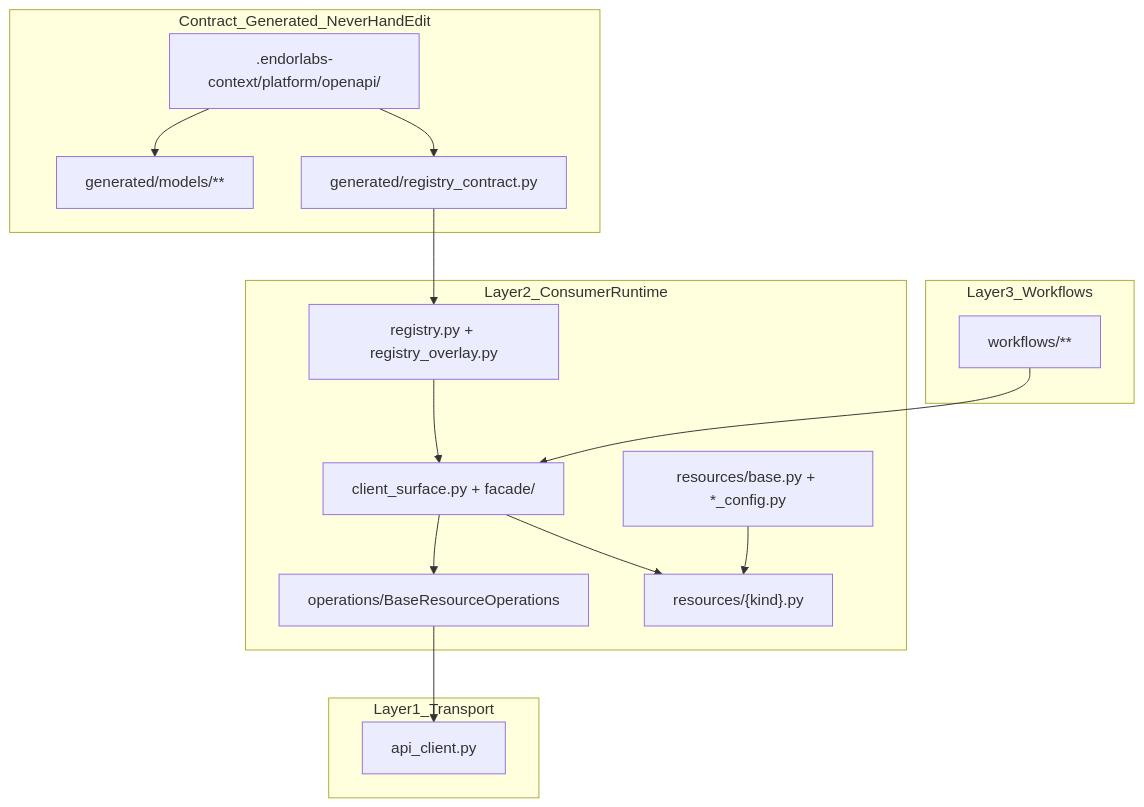
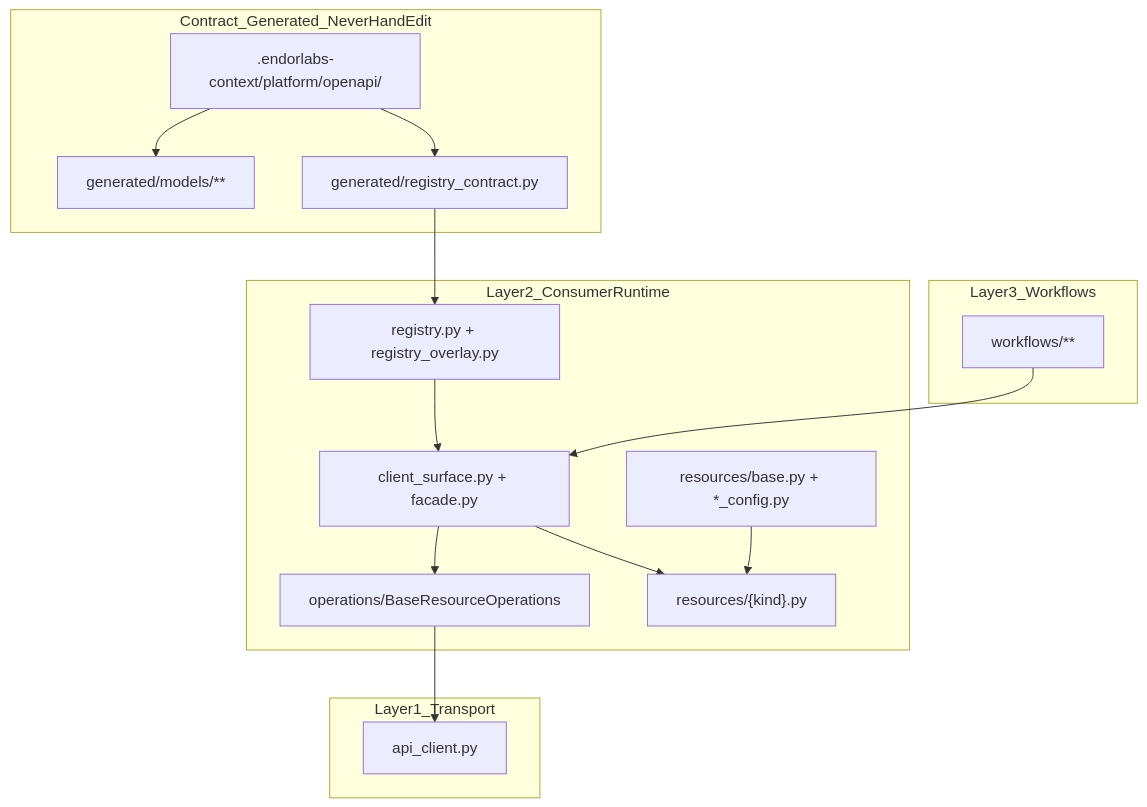
One commit to endorlabs/endorlabs-sdk changed the second of 3 diagrams in docs/contributing/architecture.md. Above: the diagram before and after it, drawn with Mermaid. The commit also changed other lines of this file and 15 other files, not shown here.

````diff
--- a/docs/contributing/architecture.md
+++ b/docs/contributing/architecture.md
@@ -105,30 +105,30 @@
 ```mermaid
 flowchart TB
     subgraph transport [Layer1_Transport]
         APIClient["api_client.py"]
     end
     subgraph contract [Contract_Generated_NeverHandEdit]
         OpenAPI[".endorlabs-context/platform/openapi/"]
         GenModels["generated/models/**"]
         GenContract["generated/registry_contract.py"]
     end
     subgraph runtime [Layer2_ConsumerRuntime]
         Registry["registry.py + registry_overlay.py"]
-        Client["client_surface.py + facade/"]
+        Client["client_surface.py + facade.py"]
         Ops["operations/BaseResourceOperations"]
         ResBase["resources/base.py + *_config.py"]
         ResKinds["resources/{kind}.py"]
     end
     subgraph orchestration [Layer3_Workflows]
         Workflows["workflows/**"]
     end
     OpenAPI --> GenModels
     OpenAPI --> GenContract
     GenContract --> Registry
     Registry --> Client
     Client --> Ops
     Ops --> APIClient
     Client --> ResKinds
     ResBase --> ResKinds
     Workflows --> Client
 ```
````
